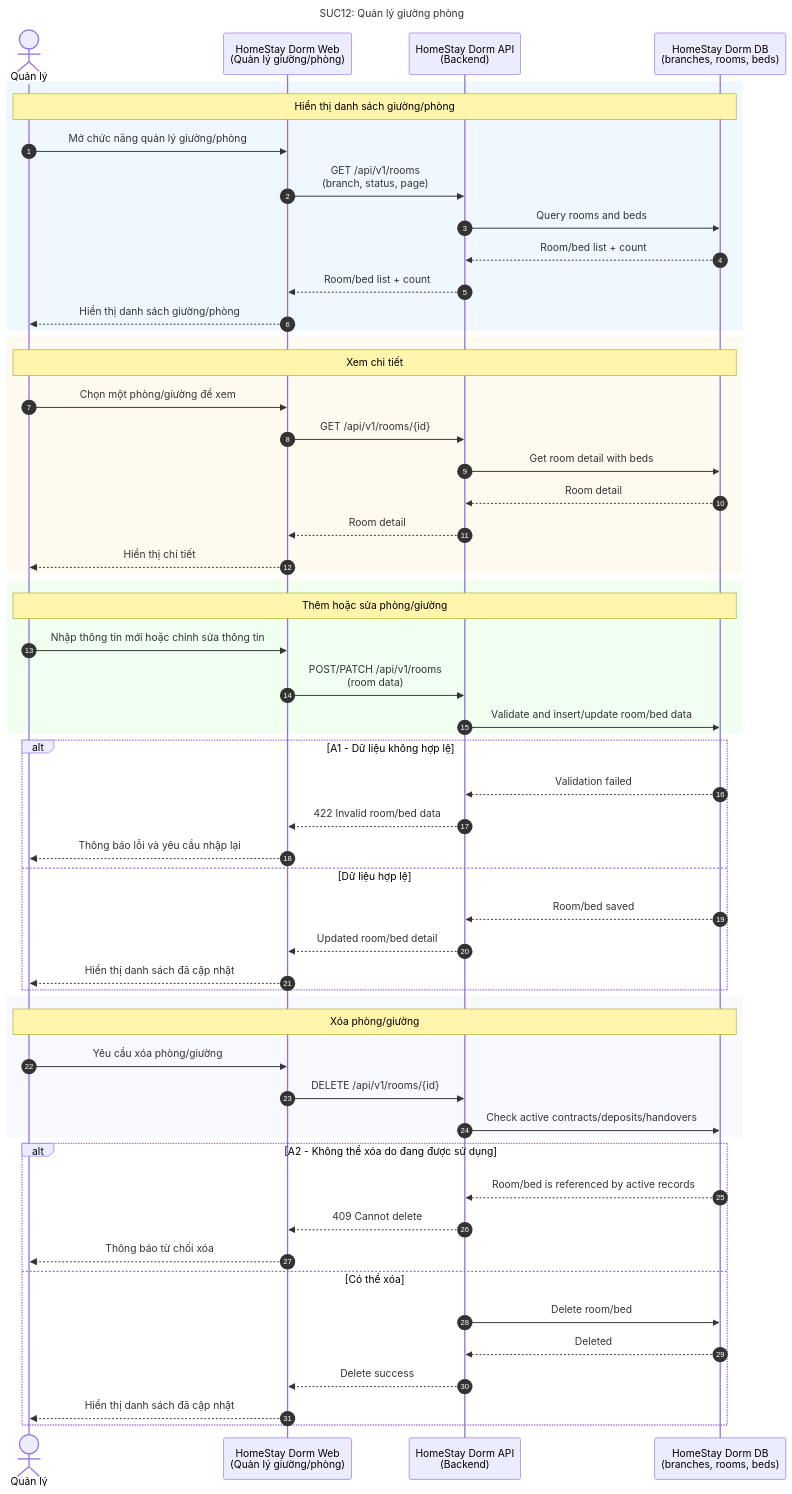
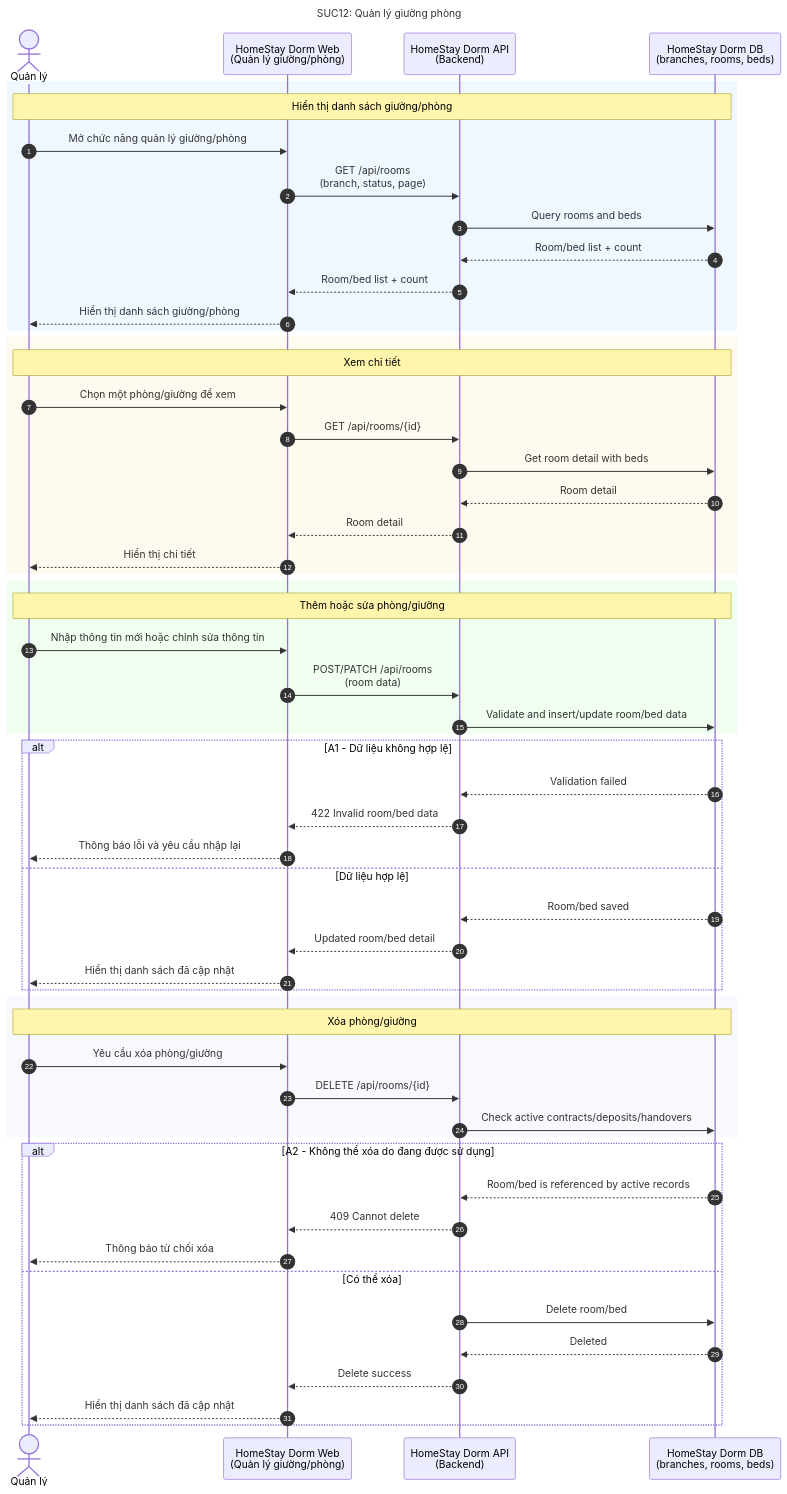
Before and after one commit to dinhdaivu/CSC12004_Information-Systems-Analysis-and-Design: the diagram in docs/SUC/SUC12-quan-ly-giuong-phong.mmd, drawn with Mermaid. The commit also changed 47 other files, not shown here.

```diff
--- a/docs/SUC/SUC12-quan-ly-giuong-phong.mmd
+++ b/docs/SUC/SUC12-quan-ly-giuong-phong.mmd
@@ -1,62 +1,62 @@
 sequenceDiagram
     title SUC12: Quản lý giường phòng
     autonumber
     actor M as Quản lý
     participant Web as HomeStay Dorm Web<br/>(Quản lý giường/phòng)
     participant API as HomeStay Dorm API<br/>(Backend)
     participant DB as HomeStay Dorm DB<br/>(branches, rooms, beds)
 
     rect rgb(240, 248, 255)
         Note over M, DB: Hiển thị danh sách giường/phòng
         M->>Web: Mở chức năng quản lý giường/phòng
-        Web->>API: GET /api/v1/rooms<br/>(branch, status, page)
+        Web->>API: GET /api/rooms<br/>(branch, status, page)
         API->>DB: Query rooms and beds
         DB-->>API: Room/bed list + count
         API-->>Web: Room/bed list + count
         Web-->>M: Hiển thị danh sách giường/phòng
     end
 
     rect rgb(255, 250, 240)
         Note over M, DB: Xem chi tiết
         M->>Web: Chọn một phòng/giường để xem
-        Web->>API: GET /api/v1/rooms/{id}
+        Web->>API: GET /api/rooms/{id}
         API->>DB: Get room detail with beds
         DB-->>API: Room detail
         API-->>Web: Room detail
         Web-->>M: Hiển thị chi tiết
     end
 
     rect rgb(240, 255, 240)
         Note over M, DB: Thêm hoặc sửa phòng/giường
         M->>Web: Nhập thông tin mới hoặc chỉnh sửa thông tin
-        Web->>API: POST/PATCH /api/v1/rooms<br/>(room data)
+        Web->>API: POST/PATCH /api/rooms<br/>(room data)
         API->>DB: Validate and insert/update room/bed data
     end
 
     alt A1 - Dữ liệu không hợp lệ
         DB-->>API: Validation failed
         API-->>Web: 422 Invalid room/bed data
         Web-->>M: Thông báo lỗi và yêu cầu nhập lại
     else Dữ liệu hợp lệ
         DB-->>API: Room/bed saved
         API-->>Web: Updated room/bed detail
         Web-->>M: Hiển thị danh sách đã cập nhật
     end
 
     rect rgb(248, 248, 255)
         Note over M, DB: Xóa phòng/giường
         M->>Web: Yêu cầu xóa phòng/giường
-        Web->>API: DELETE /api/v1/rooms/{id}
+        Web->>API: DELETE /api/rooms/{id}
         API->>DB: Check active contracts/deposits/handovers
     end
 
     alt A2 - Không thể xóa do đang được sử dụng
         DB-->>API: Room/bed is referenced by active records
         API-->>Web: 409 Cannot delete
         Web-->>M: Thông báo từ chối xóa
     else Có thể xóa
         API->>DB: Delete room/bed
         DB-->>API: Deleted
         API-->>Web: Delete success
         Web-->>M: Hiển thị danh sách đã cập nhật
     end
```
